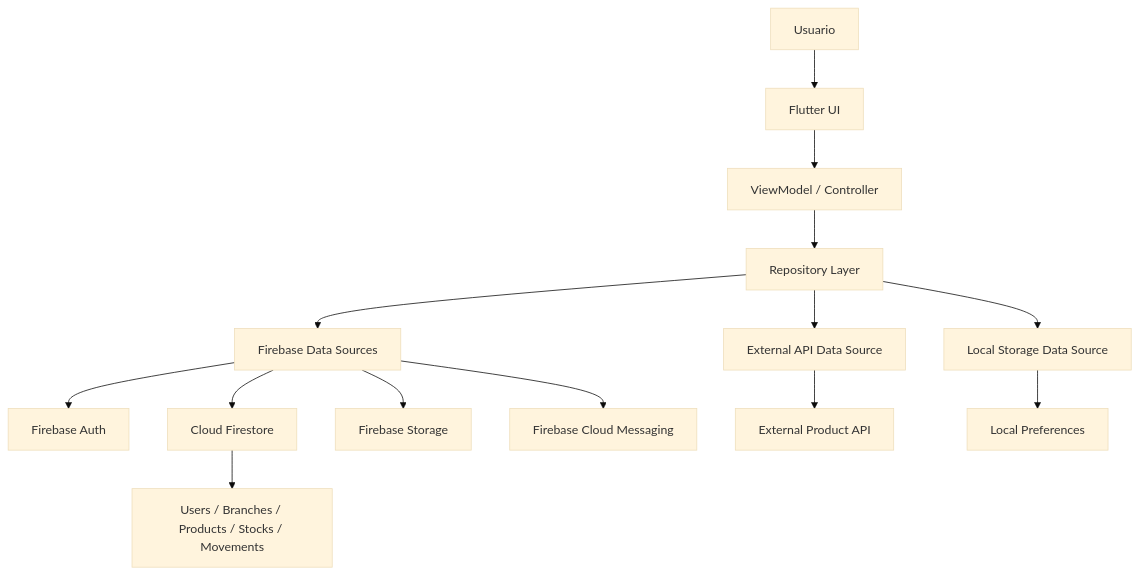
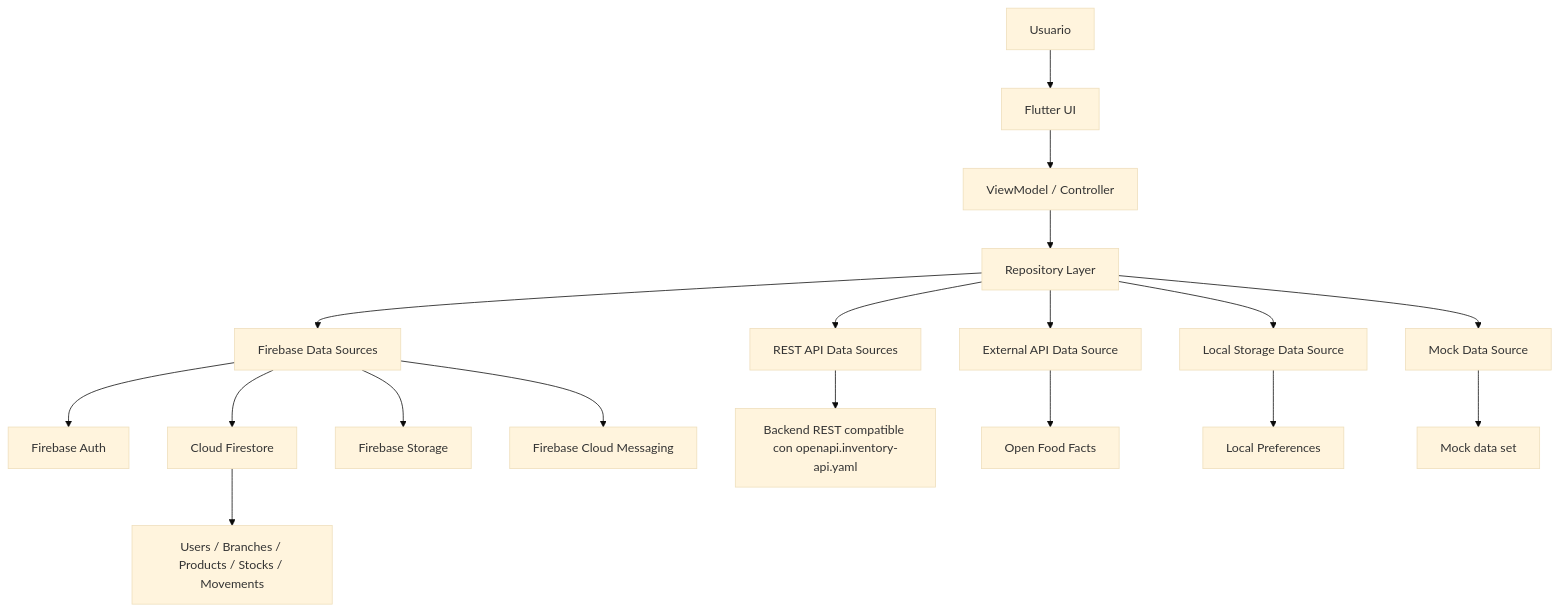
Before and after one commit to DevTeam-DAKFC/inventory-mobile-project: the first of 7 diagrams in docs/architecture/system-architecture.md, drawn with Mermaid (base theme). The commit also changed other lines of this file, not shown here.

Commit message:
docs(architecture): align system architecture with OpenAPI contract

````diff
--- a/docs/architecture/system-architecture.md
+++ b/docs/architecture/system-architecture.md
@@ -56,21 +69,26 @@
 ```mermaid
 flowchart TD
     User[Usuario] --> UI[Flutter UI]
 
     UI --> VM[ViewModel / Controller]
     VM --> Repo[Repository Layer]
 
     Repo --> FirebaseDS[Firebase Data Sources]
+    Repo --> RestDS[REST API Data Sources]
     Repo --> ExternalDS[External API Data Source]
     Repo --> LocalDS[Local Storage Data Source]
+    Repo --> MockDS[Mock Data Source]
 
     FirebaseDS --> Auth[Firebase Auth]
     FirebaseDS --> Firestore[Cloud Firestore]
     FirebaseDS --> Storage[Firebase Storage]
     FirebaseDS --> FCM[Firebase Cloud Messaging]
 
-    ExternalDS --> ProductAPI[External Product API]
+    RestDS --> RestBackend[Backend REST compatible con openapi.inventory-api.yaml]
+
+    ExternalDS --> ProductAPI[Open Food Facts]
     LocalDS --> Preferences[Local Preferences]
+    MockDS --> MockSet[Mock data set]
 
     Firestore --> Collections[Users / Branches / Products / Stocks / Movements]
 ```
````
